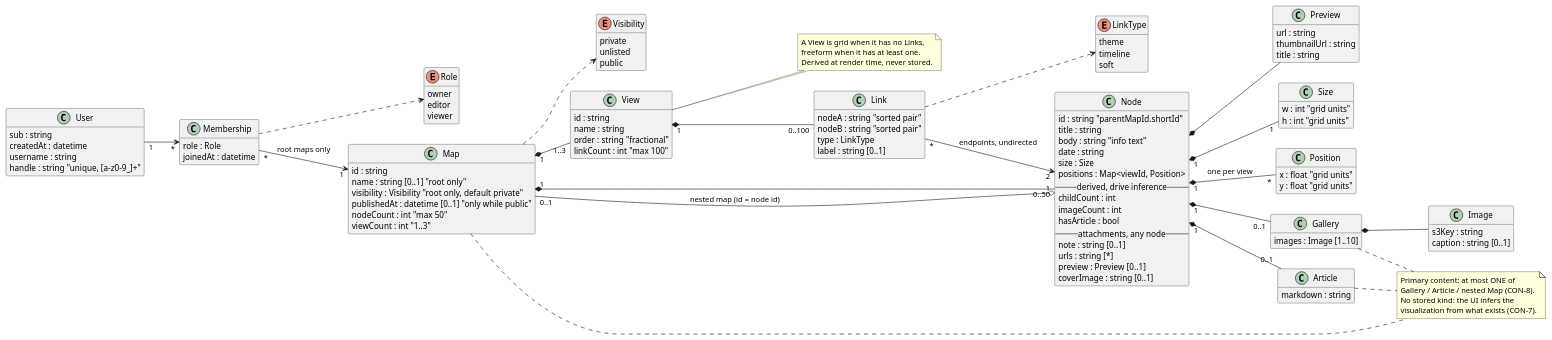
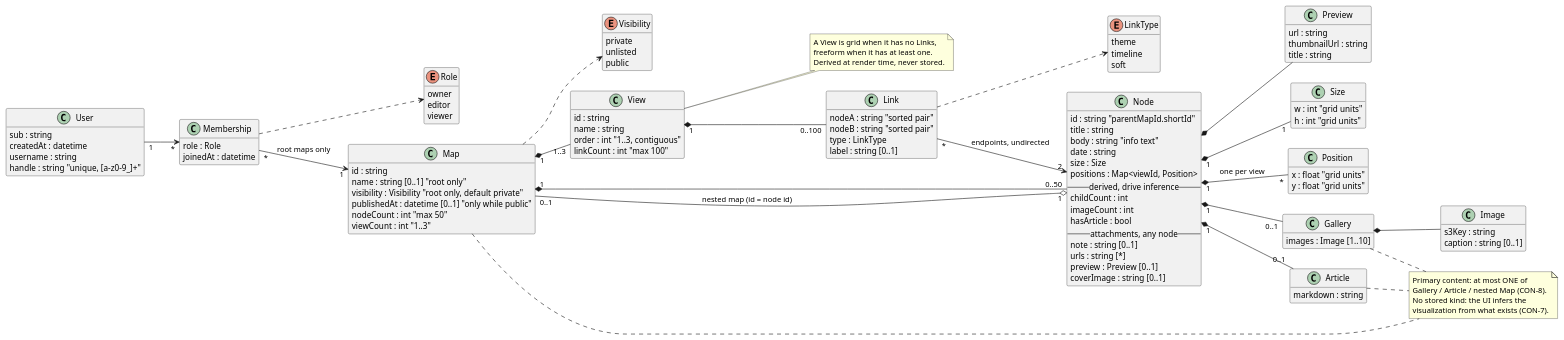
The diagram in DOC/architecture/diagrams/data_model.puml (LouayBks/spiresen-saga), drawn with PlantUML before and after one commit. The commit also changed 3 other files, not shown here.

```diff
--- a/DOC/architecture/diagrams/data_model.puml
+++ b/DOC/architecture/diagrams/data_model.puml
@@ -1,116 +1,116 @@
 @startuml data_model
 hide empty members
 skinparam classAttributeIconSize 0
 left to right direction
 
 enum Role {
   owner
   editor
   viewer
 }
 enum Visibility {
   private
   unlisted
   public
 }
 enum LinkType {
   theme
   timeline
   soft
 }
 
 class User {
   sub : string
   createdAt : datetime
   username : string
   handle : string "unique, [a-z0-9_]+"
 }
 class Membership {
   role : Role
   joinedAt : datetime
 }
 class Map {
   id : string
   name : string [0..1] "root only"
   visibility : Visibility "root only, default private"
   publishedAt : datetime [0..1] "only while public"
   nodeCount : int "max 50"
   viewCount : int "1..3"
 }
 class View {
   id : string
   name : string
-  order : string "fractional"
+  order : int "1..3, contiguous"
   linkCount : int "max 100"
 }
 class Node {
   id : string "parentMapId.shortId"
   title : string
   body : string "info text"
   date : string
   size : Size
   positions : Map<viewId, Position>
   --derived, drive inference--
   childCount : int
   imageCount : int
   hasArticle : bool
   --attachments, any node--
   note : string [0..1]
   urls : string [*]
   preview : Preview [0..1]
   coverImage : string [0..1]
 }
 class Size {
   w : int "grid units"
   h : int "grid units"
 }
 class Position {
   x : float "grid units"
   y : float "grid units"
 }
 class Link {
   nodeA : string "sorted pair"
   nodeB : string "sorted pair"
   type : LinkType
   label : string [0..1]
 }
 class Gallery {
   images : Image [1..10]
 }
 class Article {
   markdown : string
 }
 class Image {
   s3Key : string
   caption : string [0..1]
 }
 class Preview {
   url : string
   thumbnailUrl : string
   title : string
 }
 
 note "Primary content: at most ONE of\nGallery / Article / nested Map (CON-8).\nNo stored kind: the UI infers the\nvisualization from what exists (CON-7)." as XOR
 note "A View is grid when it has no Links,\nfreeform when it has at least one.\nDerived at render time, never stored." as LAYOUT
 
 User "1" --> "*" Membership
 Membership "*" --> "1" Map : root maps only
 Map "1" *-- "1..3" View
 Map "1" *-- "0..50" Node
 View "1" *-- "0..100" Link
 Link "*" --> "2" Node : endpoints, undirected
 Node "1" *-- "1" Size
 Node "1" *-- "*" Position : one per view
 Node "1" o-- "0..1" Map : nested map (id = node id)
 Node "1" *-- "0..1" Gallery
 Node "1" *-- "0..1" Article
 Gallery *-- Image
 Node *-- Preview
 Map .. XOR
 Gallery .. XOR
 Article .. XOR
 View .. LAYOUT
 Membership ..> Role
 Map ..> Visibility
 Link ..> LinkType
 @enduml
```
